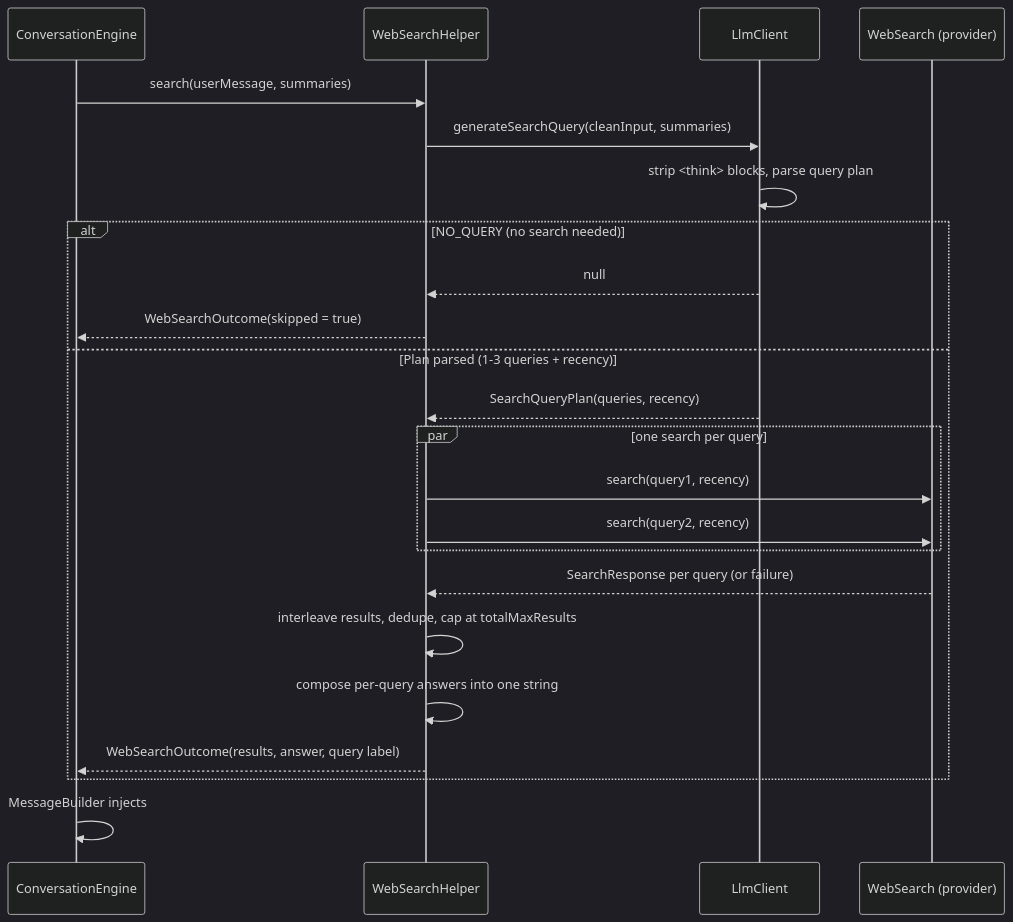
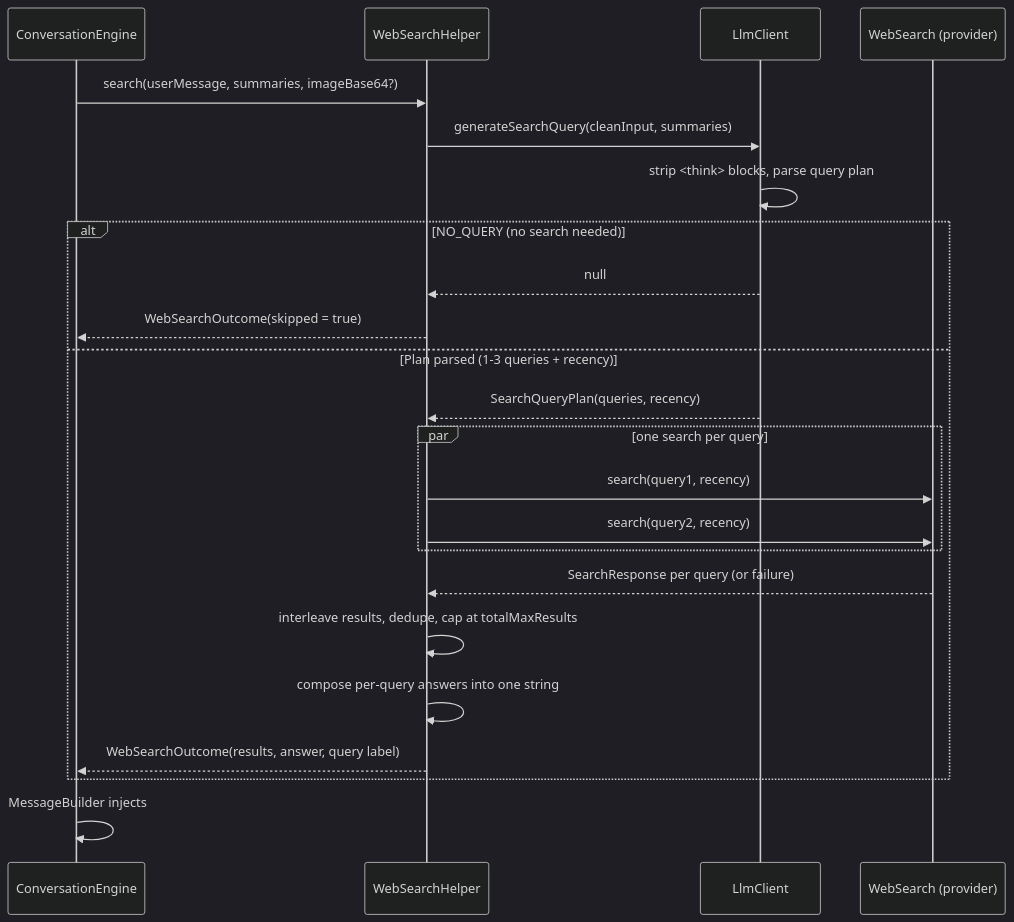
Before and after one commit to lehoang318/buddy: the diagram in docs/web-search.md, drawn with Mermaid (dark theme). The commit also changed other lines of this file and 22 other files, not shown here.

Commit message:
Fix web search query generation with image attached (#37)

````diff
--- a/docs/web-search.md
+++ b/docs/web-search.md
@@ -7,26 +7,26 @@
 ```mermaid
 sequenceDiagram
     participant Engine as ConversationEngine
     participant Helper as WebSearchHelper
     participant LLM as LlmClient
     participant Search as WebSearch (provider)
 
-    Engine->>Helper: search(userMessage, summaries)
+    Engine->>Helper: search(userMessage, summaries, imageBase64?)
     Helper->>LLM: generateSearchQuery(cleanInput, summaries)
     LLM->>LLM: strip <think> blocks, parse query plan
     alt NO_QUERY (no search needed)
         LLM-->>Helper: null
         Helper-->>Engine: WebSearchOutcome(skipped = true)
     else Plan parsed (1-3 queries + recency)
         LLM-->>Helper: SearchQueryPlan(queries, recency)
         par one search per query
             Helper->>Search: search(query1, recency)
             Helper->>Search: search(query2, recency)
         end
         Search-->>Helper: SearchResponse per query (or failure)
         Helper->>Helper: interleave results, dedupe, cap at totalMaxResults
         Helper->>Helper: compose per-query answers into one string
         Helper-->>Engine: WebSearchOutcome(results, answer, query label)
     end
     Engine->>Engine: MessageBuilder injects ## Web Data
 ```
````
